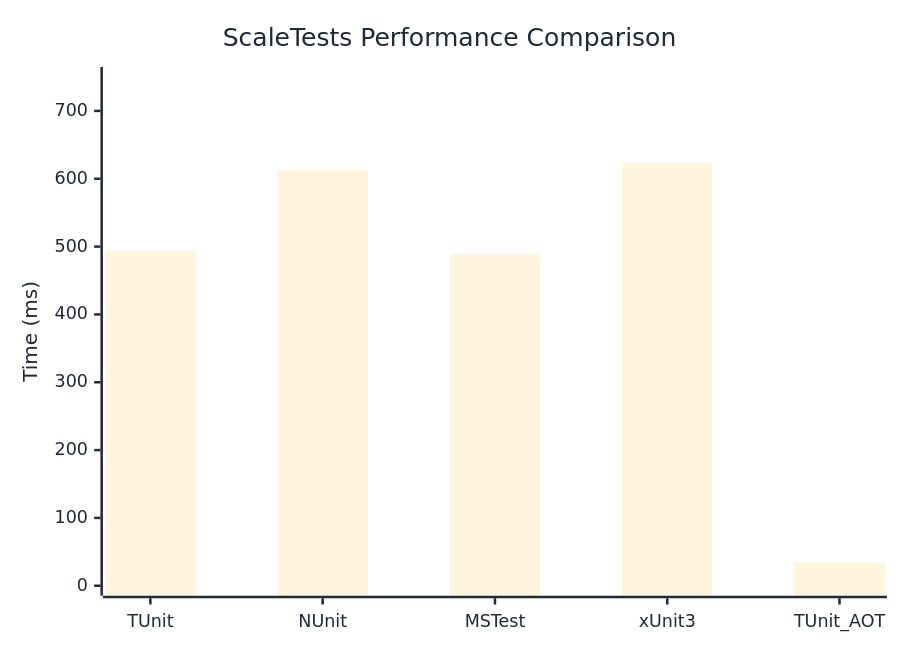
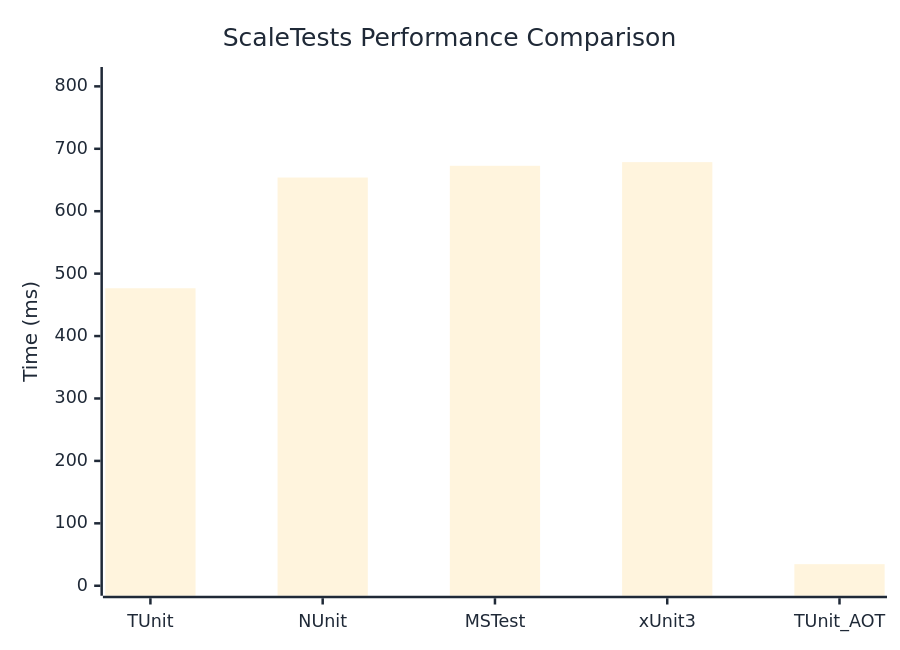
One commit to thomhurst/TUnit changed the diagram in docs/docs/benchmarks/ScaleTests.md. Above: the diagram before and after it, drawn with Mermaid. The commit also changed other lines of this file and 17 other files, not shown here.

````diff
--- a/docs/docs/benchmarks/ScaleTests.md
+++ b/docs/docs/benchmarks/ScaleTests.md
@@ -27,37 +27,37 @@
 ```mermaid
 %%{init: {
   'theme':'base',
   'themeVariables': {
     'primaryColor': '#2563eb',
     'primaryTextColor': '#1f2937',
     'primaryBorderColor': '#1e40af',
     'lineColor': '#6b7280',
     'secondaryColor': '#7c3aed',
     'tertiaryColor': '#dc2626',
     'background': '#ffffff',
     'mainBkg': '#2563eb',
     'secondBkg': '#7c3aed',
     'tertiaryBkg': '#dc2626',
     'clusterBkg': '#f3f4f6',
     'edgeLabelBackground': '#ffffff',
     'tertiaryTextColor': '#1f2937',
     'pie1': '#2563eb',
     'pie2': '#7c3aed',
     'pie3': '#dc2626',
     'pie4': '#f59e0b',
     'pie5': '#10b981',
     'pie6': '#06b6d4',
     'pie7': '#ec4899',
     'pie8': '#6366f1',
     'pie9': '#84cc16',
     'pie10': '#f97316',
     'pie11': '#14b8a6',
     'pie12': '#a855f7'
   }
 }}%%
 xychart-beta
   title "ScaleTests Performance Comparison"
   x-axis ["TUnit", "NUnit", "MSTest", "xUnit3", "TUnit_AOT"]
-  y-axis "Time (ms)" 0 --> 750
-  bar [493.65, 612.98, 488.96, 624.37, 34.14]
+  y-axis "Time (ms)" 0 --> 815
+  bar [476.57, 653.94, 672.75, 678.6, 34.57]
 ```
````
